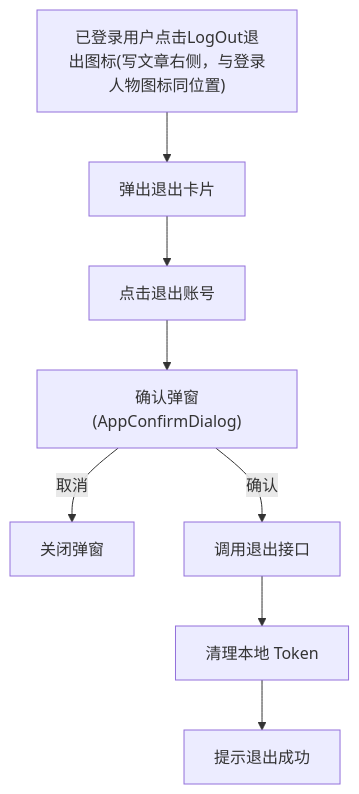
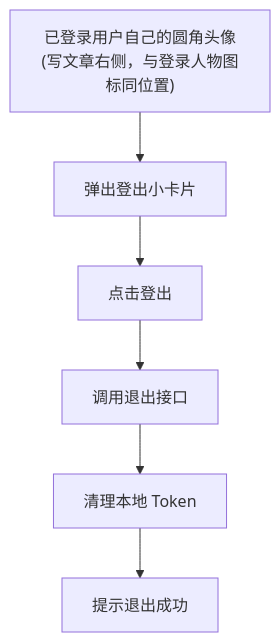
One commit to SakuraShiinaMashiro/PersonalBlog-doc changed the third of 3 diagrams in V3.0/详细设计/用户认证与权限校验.md. Above: the diagram before and after it, drawn with Mermaid. The commit also changed other lines of this file, not shown here.

````diff
--- a/V3.0/详细设计/用户认证与权限校验.md
+++ b/V3.0/详细设计/用户认证与权限校验.md
@@ -458,10 +461,8 @@
 ```mermaid
 flowchart TD
-    A["已登录用户点击LogOut退出图标(写文章右侧，与登录人物图标同位置)"] --> B[弹出退出卡片]
-    B --> C[点击退出账号]
-    C --> D["确认弹窗(AppConfirmDialog)"]
-    D -->|取消| E[关闭弹窗]
-    D -->|确认| F[调用退出接口]
+    A["已登录用户自己的圆角头像(写文章右侧，与登录人物图标同位置)"] --> B[弹出登出小卡片]
+    B --> C[点击登出]
+    C --> F[调用退出接口]
     F --> G[清理本地 Token]
     G --> H[提示退出成功]
 ```
````
